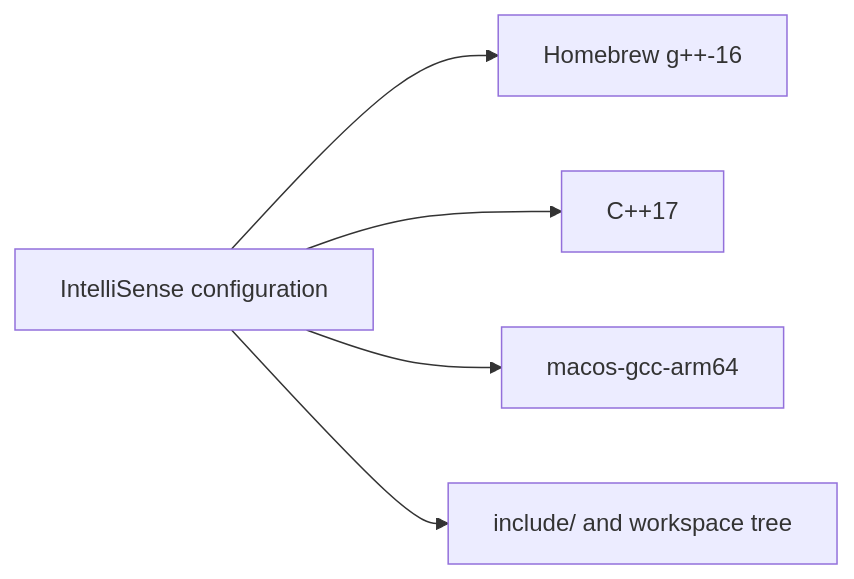
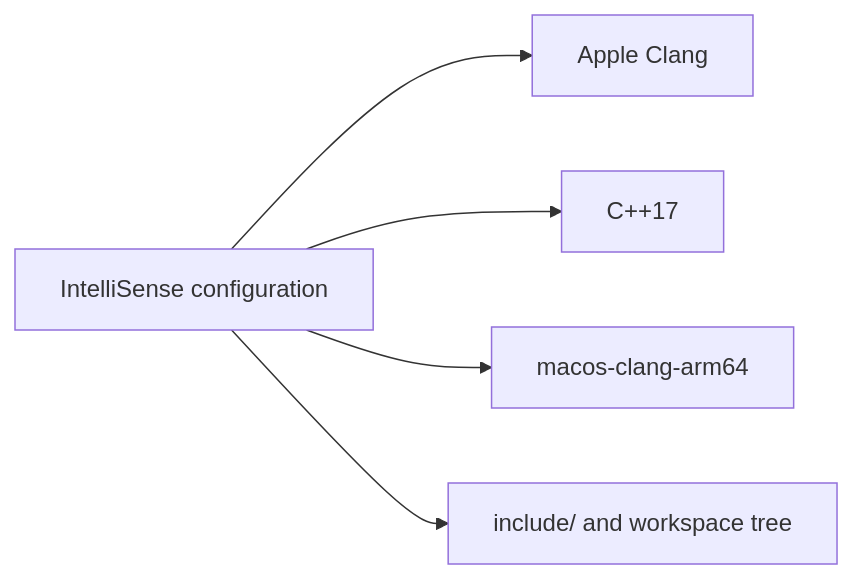
One commit to jirahandler/baremetal-mnist-cpp-ml changed diagram 19 of 26 in README.md. Above: the diagram before and after it, drawn with Mermaid. The commit also changed other lines of this file and 3 other files, not shown here.

````diff
--- a/README.md
+++ b/README.md
@@ -978,7 +980,7 @@
 ```mermaid
 flowchart LR
-    A[IntelliSense configuration] --> B[Homebrew g++-16]
+    A[IntelliSense configuration] --> B[Apple Clang]
     A --> C[C++17]
-    A --> D[macos-gcc-arm64]
+    A --> D[macos-clang-arm64]
     A --> E[include/ and workspace tree]
 ```
````
